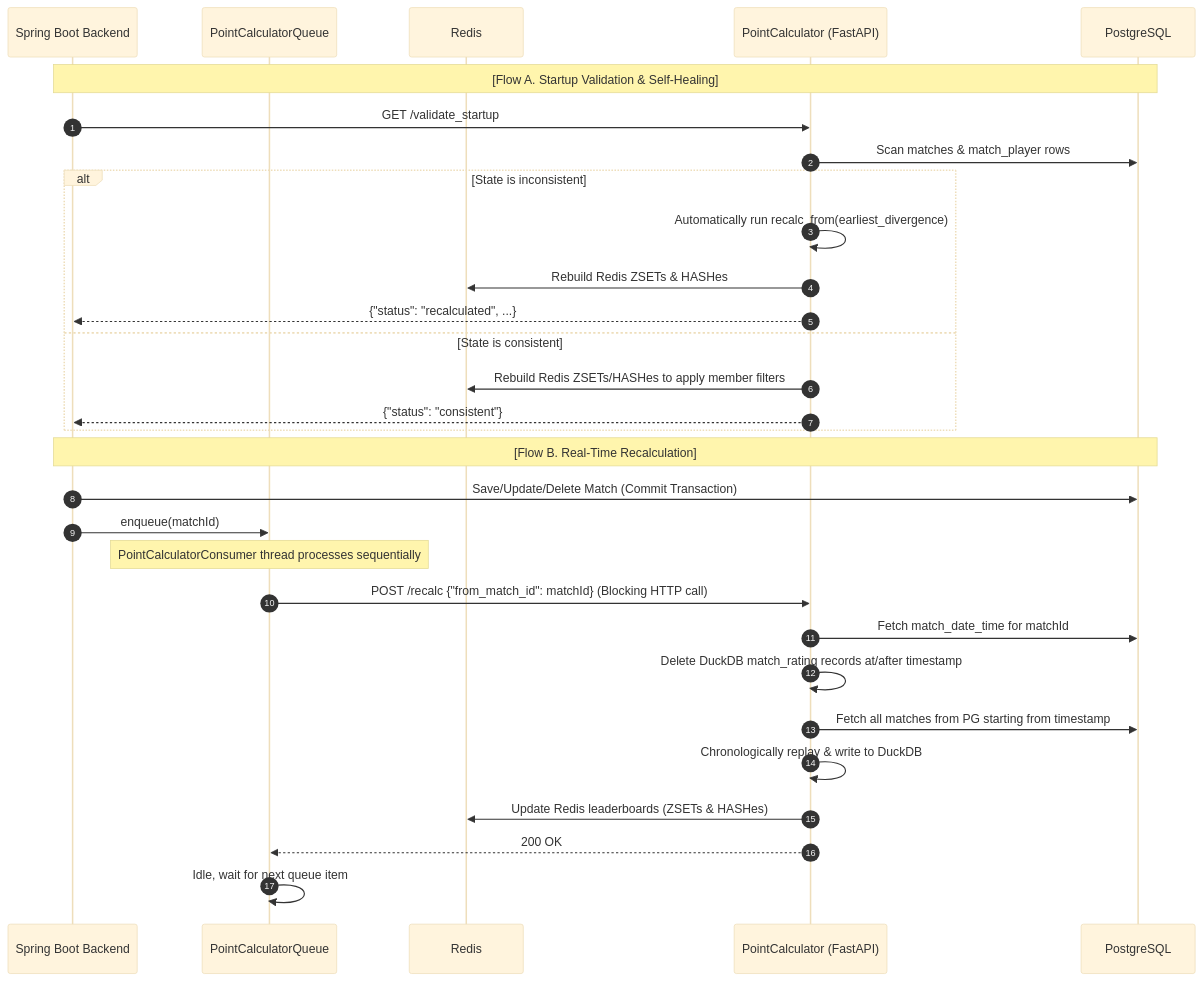
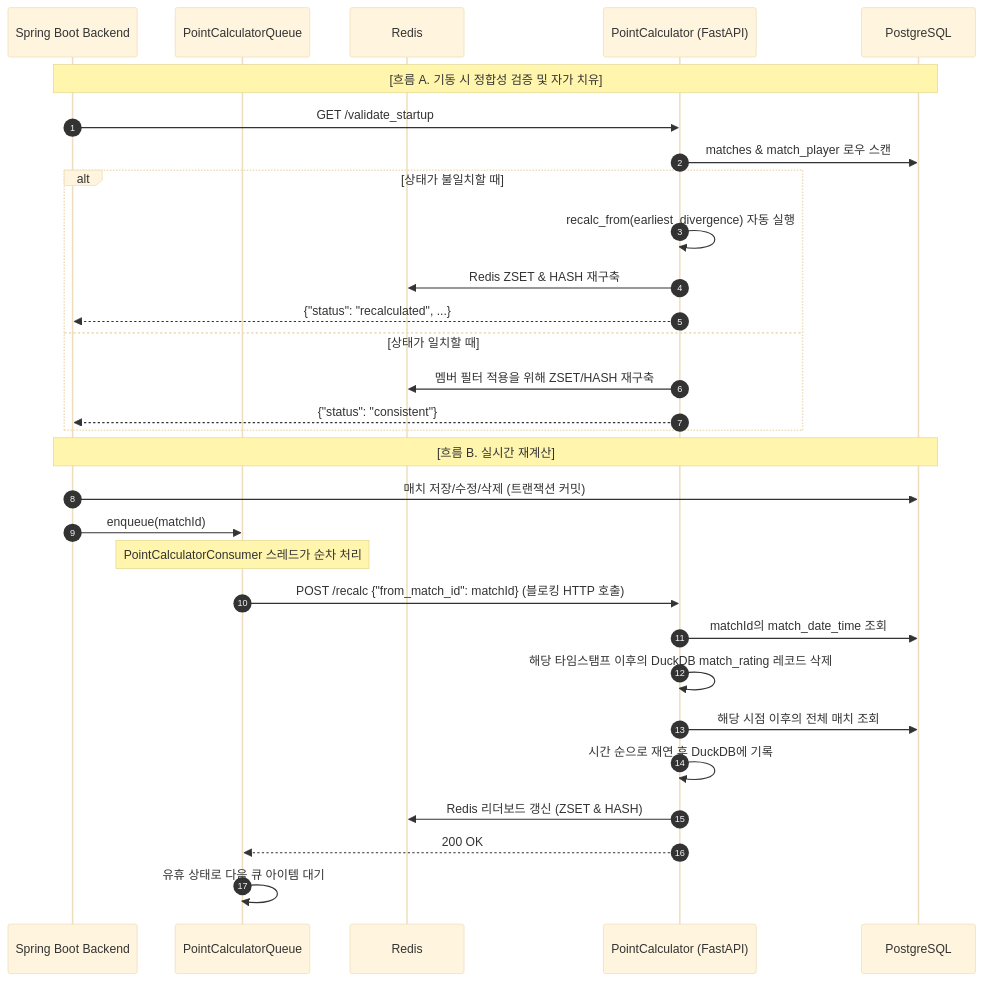
One commit to kyusuncho/kyusuncho.github.io changed the second of 2 diagrams in blog/projects/rv-badminton-app/pointcalculator.md. Above: the diagram before and after it, drawn with Mermaid (base theme). The commit also changed other lines of this file and 14 other files, not shown here.

````diff
--- a/blog/projects/rv-badminton-app/pointcalculator.md
+++ b/blog/projects/rv-badminton-app/pointcalculator.md
@@ -161,34 +167,34 @@
 ```mermaid
 sequenceDiagram
     autonumber
     participant SB as Spring Boot Backend
     participant Q as PointCalculatorQueue
     participant RD as Redis
     participant PC as PointCalculator (FastAPI)
     participant PG as PostgreSQL
 
-    Note over SB, PG: [Flow A. Startup Validation & Self-Healing]
+    Note over SB, PG: [흐름 A. 기동 시 정합성 검증 및 자가 치유]
     SB->>PC: GET /validate_startup
-    PC->>PG: Scan matches & match_player rows
-    alt State is inconsistent
-        PC->>PC: Automatically run recalc_from(earliest_divergence)
-        PC->>RD: Rebuild Redis ZSETs & HASHes
+    PC->>PG: matches & match_player 로우 스캔
+    alt 상태가 불일치할 때
+        PC->>PC: recalc_from(earliest_divergence) 자동 실행
+        PC->>RD: Redis ZSET & HASH 재구축
         PC-->>SB: {"status": "recalculated", ...}
-    else State is consistent
-        PC->>RD: Rebuild Redis ZSETs/HASHes to apply member filters
+    else 상태가 일치할 때
+        PC->>RD: 멤버 필터 적용을 위해 ZSET/HASH 재구축
         PC-->>SB: {"status": "consistent"}
     end
 
-    Note over SB, PG: [Flow B. Real-Time Recalculation]
-    SB->>PG: Save/Update/Delete Match (Commit Transaction)
+    Note over SB, PG: [흐름 B. 실시간 재계산]
+    SB->>PG: 매치 저장/수정/삭제 (트랜잭션 커밋)
     SB->>Q: enqueue(matchId)
-    Note over Q: PointCalculatorConsumer thread processes sequentially
-    Q->>PC: POST /recalc {"from_match_id": matchId} (Blocking HTTP call)
-    PC->>PG: Fetch match_date_time for matchId
-    PC->>PC: Delete DuckDB match_rating records at/after timestamp
-    PC->>PG: Fetch all matches from PG starting from timestamp
-    PC->>PC: Chronologically replay & write to DuckDB
-    PC->>RD: Update Redis leaderboards (ZSETs & HASHes)
+    Note over Q: PointCalculatorConsumer 스레드가 순차 처리
+    Q->>PC: POST /recalc {"from_match_id": matchId} (블로킹 HTTP 호출)
+    PC->>PG: matchId의 match_date_time 조회
+    PC->>PC: 해당 타임스탬프 이후의 DuckDB match_rating 레코드 삭제
+    PC->>PG: 해당 시점 이후의 전체 매치 조회
+    PC->>PC: 시간 순으로 재연 후 DuckDB에 기록
+    PC->>RD: Redis 리더보드 갱신 (ZSET & HASH)
     PC-->>Q: 200 OK
-    Q->>Q: Idle, wait for next queue item
+    Q->>Q: 유휴 상태로 다음 큐 아이템 대기
 ```
````
